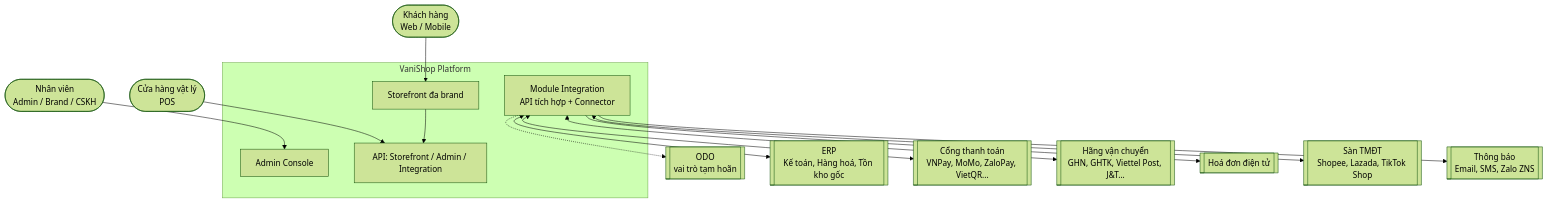
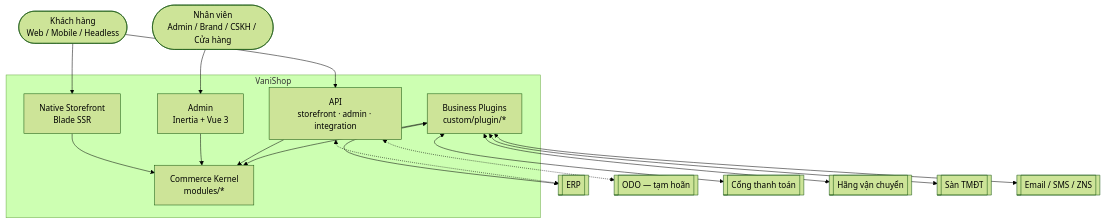
Before and after one commit to ptdat97/vanishop: the first of 3 diagrams in docs/02-architecture/overview.md, drawn with Mermaid (forest theme). The commit also changed other lines of this file and 58 other files, not shown here.

````diff
--- a/docs/02-architecture/overview.md
+++ b/docs/02-architecture/overview.md
@@ -13,33 +21,24 @@
 ```mermaid
 flowchart TB
-    Customer([Khách hàng<br/>Web / Mobile])
-    Staff([Nhân viên<br/>Admin / Brand / CSKH])
-    Store([Cửa hàng vật lý<br/>POS])
-
-    subgraph VaniShop[VaniShop Platform]
-      SF[Storefront đa brand]
-      ADM[Admin Console]
-      API[API: Storefront / Admin / Integration]
-      HUB[Module Integration<br/>API tích hợp + Connector]
+    Customer([Khách hàng<br/>Web / Mobile / Headless])
+    Staff([Nhân viên<br/>Admin / Brand / CSKH / Cửa hàng])
+    subgraph VS[VaniShop]
+      SF[Native Storefront<br/>Blade SSR]
+      ADM[Admin<br/>Inertia + Vue 3]
+      API[API<br/>storefront · admin · integration]
+      CORE[Commerce Kernel<br/>modules/*]
+      PLG[Business Plugins<br/>custom/plugin/*]
     end
-
-    ODO[[ODO<br/>vai trò tạm hoãn]]
-    ERP[[ERP<br/>Kế toán, Hàng hoá, Tồn kho gốc]]
-    PAY[[Cổng thanh toán<br/>VNPay, MoMo, ZaloPay, VietQR...]]
-    SHIP[[Hãng vận chuyển<br/>GHN, GHTK, Viettel Post, J&T...]]
-    EINV[[Hoá đơn điện tử]]
-    MKT[[Sàn TMĐT<br/>Shopee, Lazada, TikTok Shop]]
-    NOTI[[Thông báo<br/>Email, SMS, Zalo ZNS]]
-
-    Customer --> SF
+    ERP[[ERP]]
+    ODO[[ODO — tạm hoãn]]
+    PAY[[Cổng thanh toán]]
+    SHIP[[Hãng vận chuyển]]
+    MKT[[Sàn TMĐT]]
+    NOTI[[Email / SMS / ZNS]]
+    Customer --> SF & API
     Staff --> ADM
-    Store --> API
-    SF --> API
-    HUB -.-> ODO
-    HUB <--> ERP
-    HUB <--> PAY
-    HUB <--> SHIP
-    HUB --> EINV
-    HUB <--> MKT
-    HUB --> NOTI
+    SF & ADM & API --> CORE
+    PLG --> CORE
+    PLG <--> PAY & SHIP & MKT & NOTI & ERP
+    API <-.-> ERP & ODO
 ```
````
